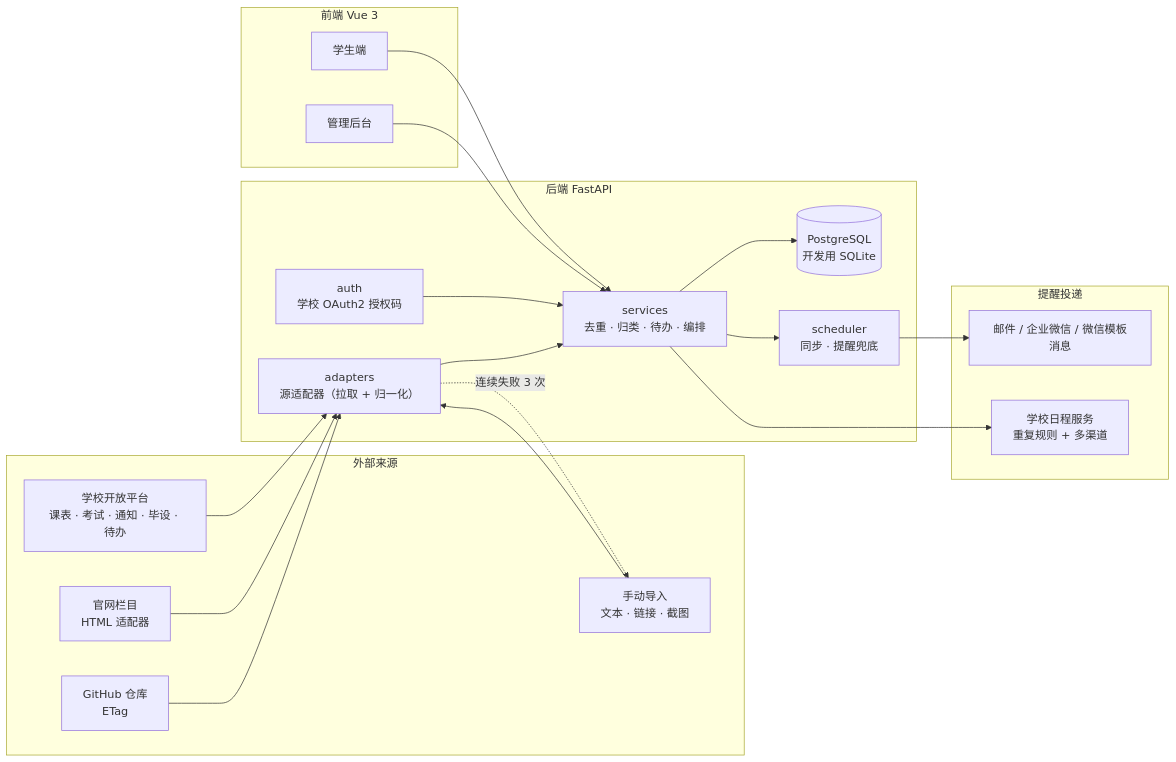
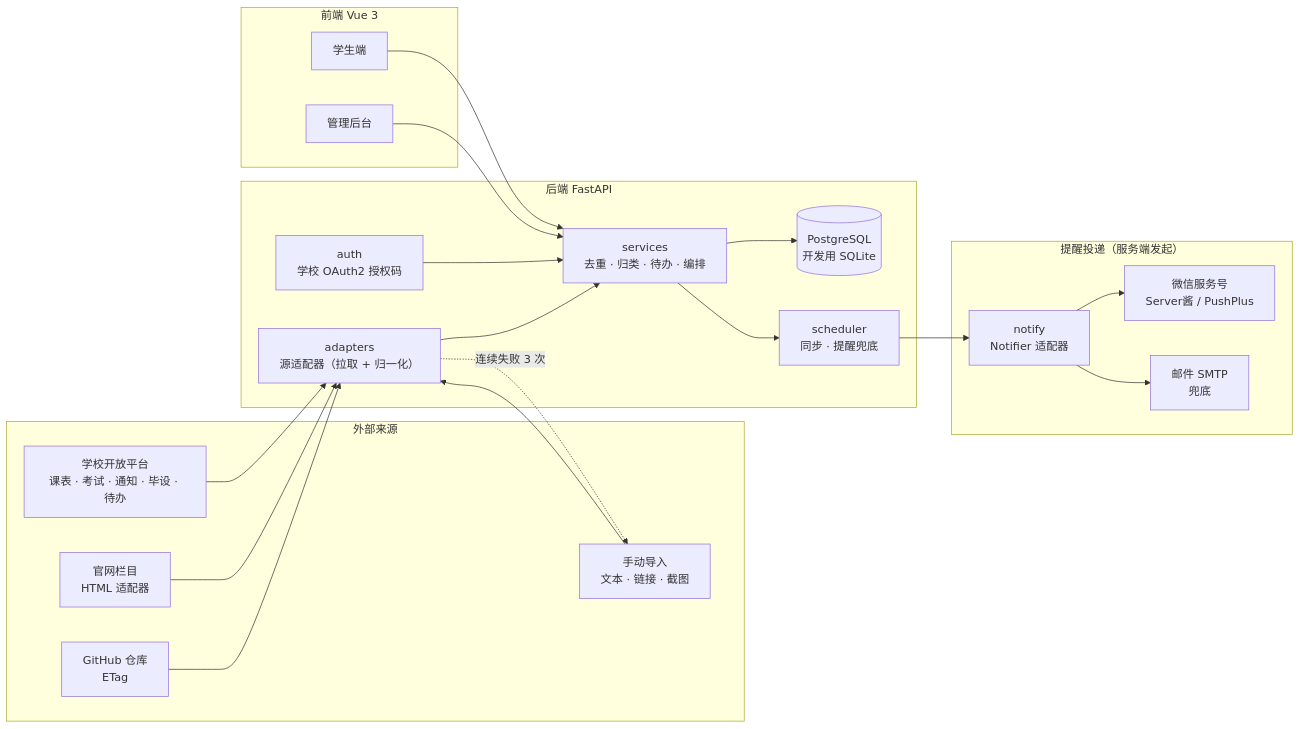
The diagram in README.md (phao90016-jpg/Tongji-campus-notice-hub), drawn with Mermaid before and after one commit. The commit also changed other lines of this file and 3 other files, not shown here.

````diff
--- a/README.md
+++ b/README.md
@@ -133,41 +143,43 @@
 ```mermaid
 flowchart LR
     subgraph ext["外部来源"]
         A1["学校开放平台<br/>课表 · 考试 · 通知 · 毕设 · 待办"]
         A2["官网栏目<br/>HTML 适配器"]
         A3["GitHub 仓库<br/>ETag"]
         A4["手动导入<br/>文本 · 链接 · 截图"]
     end
 
     subgraph be["后端 FastAPI"]
         B0["auth<br/>学校 OAuth2 授权码"]
         B1["adapters<br/>源适配器（拉取 + 归一化）"]
         B2["services<br/>去重 · 归类 · 待办 · 编排"]
         B3[("PostgreSQL<br/>开发用 SQLite")]
         B4["scheduler<br/>同步 · 提醒兜底"]
     end
 
-    subgraph out["提醒投递"]
-        D1["学校日程服务<br/>重复规则 + 多渠道"]
-        D2["邮件 / 企业微信 / 微信模板消息"]
+    subgraph out["提醒投递（服务端发起）"]
+        D0["notify<br/>Notifier 适配器"]
+        D1["微信服务号<br/>Server酱 / PushPlus"]
+        D2["邮件 SMTP<br/>兜底"]
     end
 
     subgraph fe["前端 Vue 3"]
         C1[学生端]
         C2[管理后台]
     end
 
     A1 --> B1
     A2 --> B1
     A3 --> B1
     A4 --> B1
     B0 --> B2
     B1 --> B2
     B2 --> B3
     B2 --> B4
-    B2 --> D1
-    B4 --> D2
+    B4 --> D0
+    D0 --> D1
+    D0 --> D2
     C1 --> B2
     C2 --> B2
     B1 -. 连续失败 3 次 .-> A4
 ```
````
